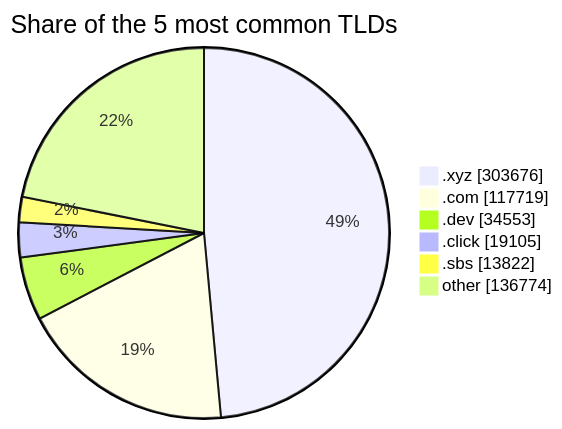
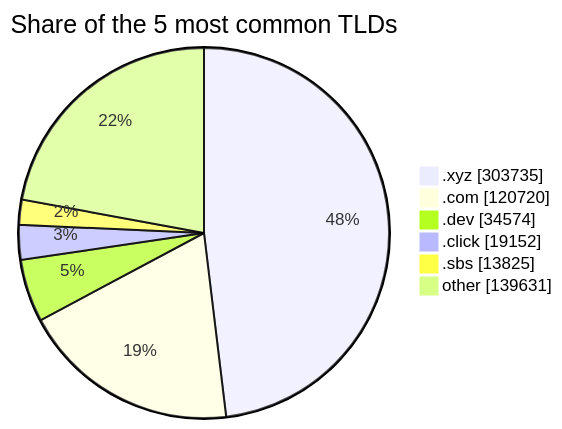
Before and after one commit to DNSBunker/CTI: the third of 3 diagrams in README.md, drawn with Mermaid. The commit also changed other lines of this file and 3 other files, not shown here.

````diff
--- a/README.md
+++ b/README.md
@@ -81,9 +81,9 @@
 ```mermaid
 pie showData title Share of the 5 most common TLDs
-    ".xyz" : 303676
-    ".com" : 117719
-    ".dev" : 34553
-    ".click" : 19105
-    ".sbs" : 13822
-    "other" : 136774
+    ".xyz" : 303735
+    ".com" : 120720
+    ".dev" : 34574
+    ".click" : 19152
+    ".sbs" : 13825
+    "other" : 139631
 ```
````
